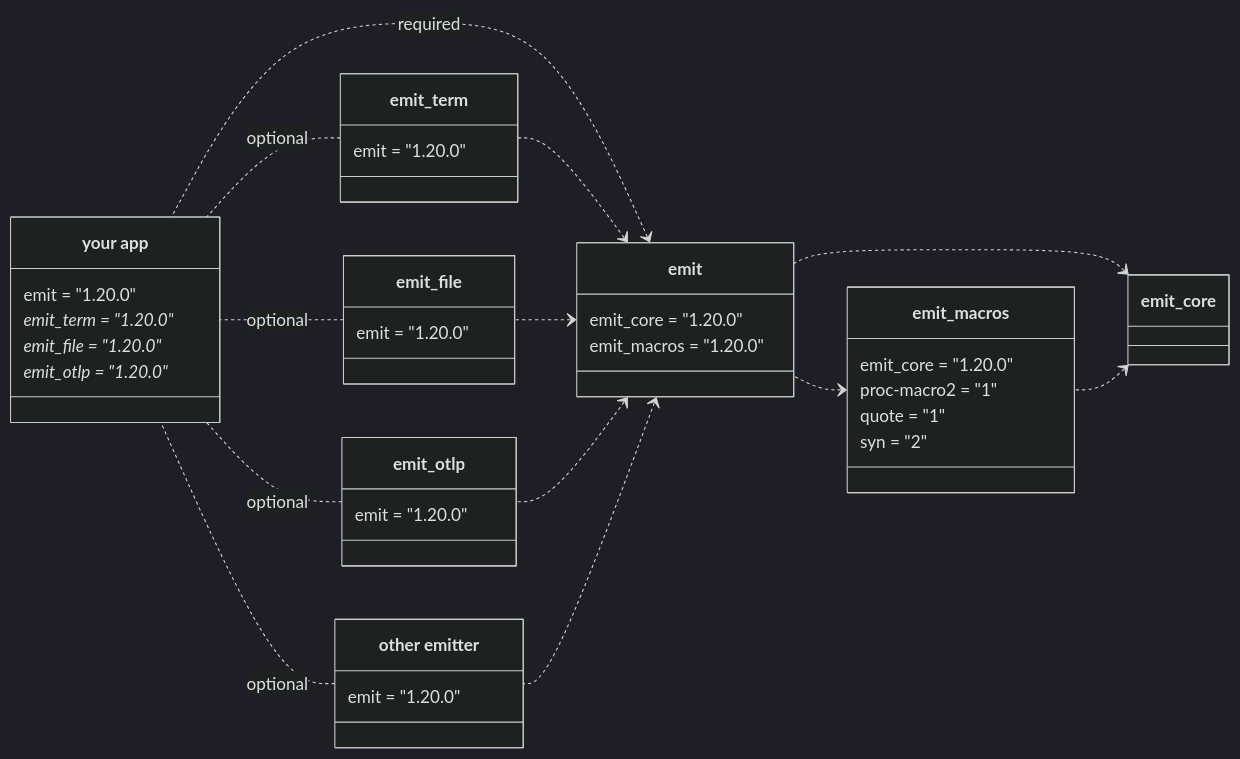
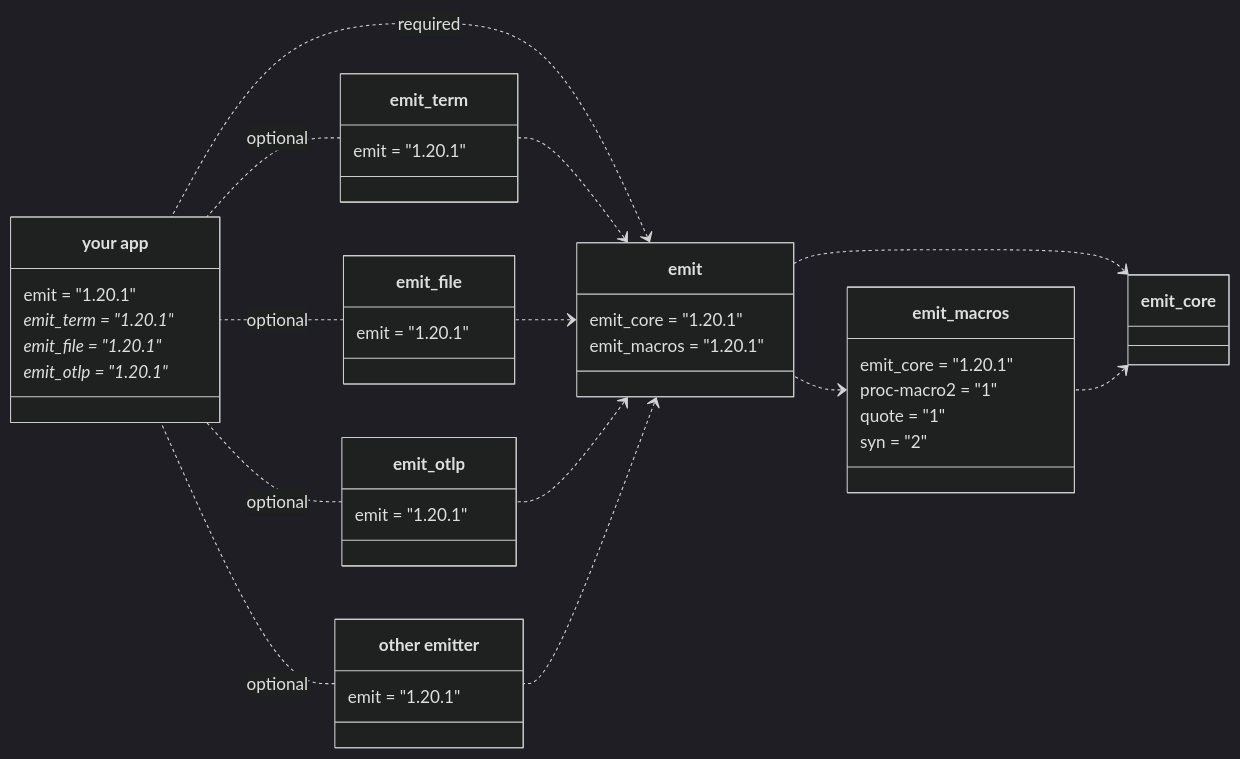
The first of 5 diagrams in book/src/reference/architecture.md (emit-rs/emit), drawn with Mermaid (dark theme) before and after one commit. The commit also changed other lines of this file and 74 other files, not shown here.

````diff
--- a/book/src/reference/architecture.md
+++ b/book/src/reference/architecture.md
@@ -9,62 +9,62 @@
 ```mermaid
 classDiagram
     direction RL
     
     emit_core <.. emit_macros
     emit_core <.. emit
     emit_macros <.. emit
 
     class emit_macros {
-        emit_core = "1.20.0"
+        emit_core = "1.20.1"
         proc-macro2 = "1"
         quote = "1"
         syn = "2"
     }
 
     emit <.. emit_term
     emit <.. emit_file
     emit <.. emit_otlp
     emit <.. emit_custom
 
     emit <.. app : required
 
     class emit {
-        emit_core = "1.20.0"
-        emit_macros = "1.20.0"
+        emit_core = "1.20.1"
+        emit_macros = "1.20.1"
     }
 
     emit_term .. app : optional
     emit_file .. app : optional
     emit_otlp .. app : optional
     emit_custom .. app : optional
 
     class emit_term {
-        emit = "1.20.0"
+        emit = "1.20.1"
     }
 
     class emit_file {
-        emit = "1.20.0"
+        emit = "1.20.1"
     }
 
     class emit_otlp {
-        emit = "1.20.0"
+        emit = "1.20.1"
     }
 
     class emit_custom["other emitter"] {
-        emit = "1.20.0"
+        emit = "1.20.1"
     }
 
     class app["your app"] {
-        emit = "1.20.0"
-        emit_term = "1.20.0"*
-        emit_file = "1.20.0"*
-        emit_otlp = "1.20.0"*
+        emit = "1.20.1"
+        emit_term = "1.20.1"*
+        emit_file = "1.20.1"*
+        emit_otlp = "1.20.1"*
     }
 
-    click emit_core href "https://docs.rs/emit_core/1.20.0/emit_core/index.html"
-    click emit_macros href "https://docs.rs/emit_macros/1.20.0/emit_macros/index.html"
-    click emit href "https://docs.rs/emit/1.20.0/emit/index.html"
-    click emit_term href "https://docs.rs/emit_term/1.20.0/emit_term/index.html"
-    click emit_file href "https://docs.rs/emit_file/1.20.0/emit_file/index.html"
-    click emit_otlp href "https://docs.rs/emit_otlp/1.20.0/emit_otlp/index.html"
+    click emit_core href "https://docs.rs/emit_core/1.20.1/emit_core/index.html"
+    click emit_macros href "https://docs.rs/emit_macros/1.20.1/emit_macros/index.html"
+    click emit href "https://docs.rs/emit/1.20.1/emit/index.html"
+    click emit_term href "https://docs.rs/emit_term/1.20.1/emit_term/index.html"
+    click emit_file href "https://docs.rs/emit_file/1.20.1/emit_file/index.html"
+    click emit_otlp href "https://docs.rs/emit_otlp/1.20.1/emit_otlp/index.html"
 ```
````
